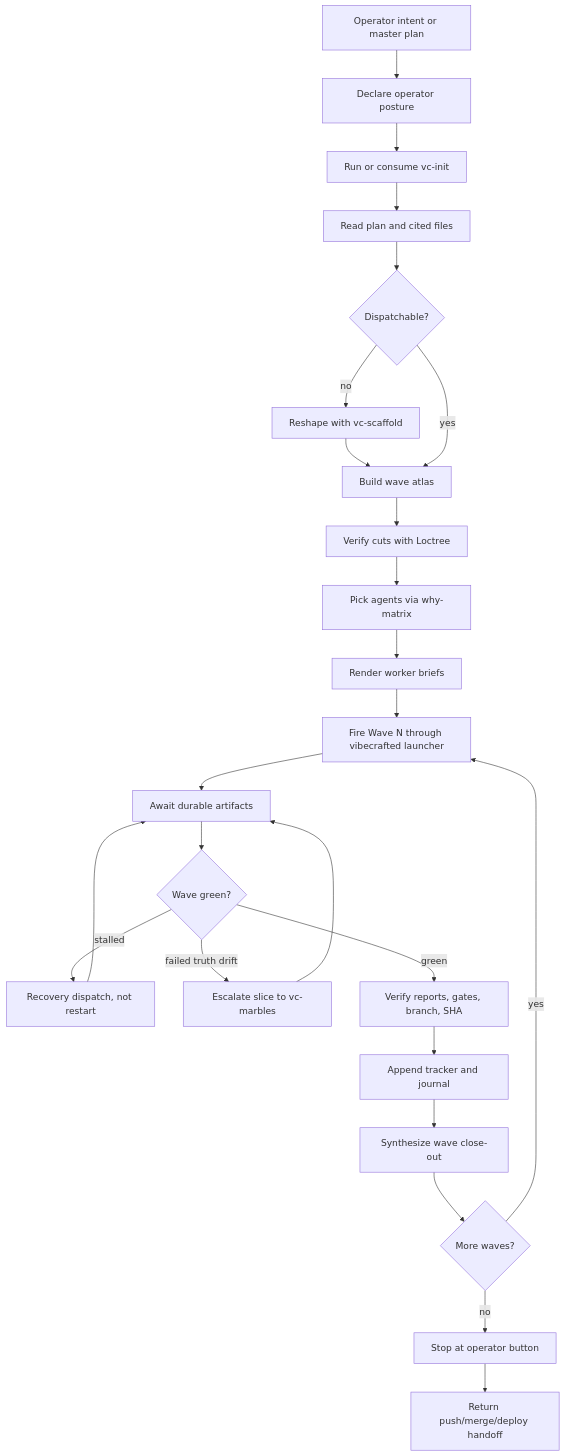
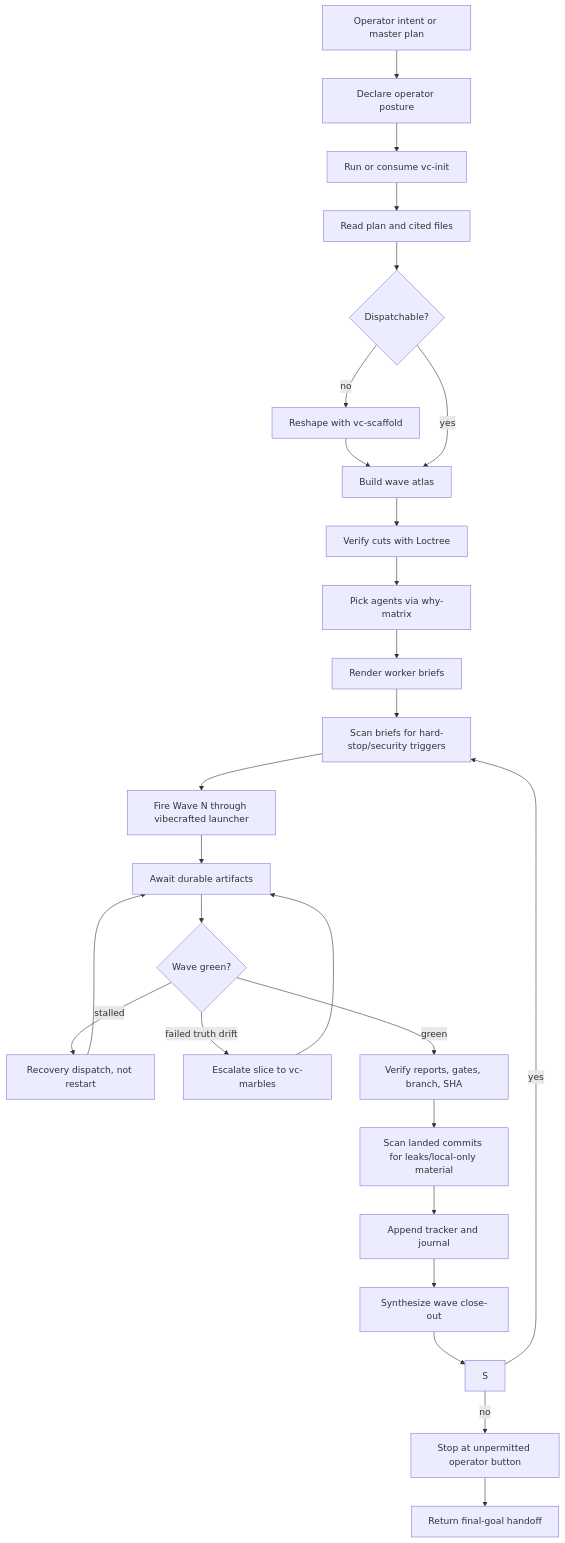
Before and after one commit to VetCoders/VibeCrafted: the diagram in skills/vc-operator/FLOW.md, drawn with Mermaid. The commit also changed other lines of this file and 18 other files, not shown here.

````diff
--- a/skills/vc-operator/FLOW.md
+++ b/skills/vc-operator/FLOW.md
@@ -10,28 +10,30 @@
 ```mermaid
 flowchart TD
     A[Operator intent or master plan] --> B[Declare operator posture]
     B --> C[Run or consume vc-init]
     C --> D[Read plan and cited files]
     D --> E{Dispatchable?}
     E -->|no| F[Reshape with vc-scaffold]
     F --> G[Build wave atlas]
     E -->|yes| G
 
     G --> H[Verify cuts with Loctree]
     H --> I[Pick agents via why-matrix]
     I --> J[Render worker briefs]
-    J --> K[Fire Wave N through vibecrafted launcher]
-    K --> L[Await durable artifacts]
-    L --> M{Wave green?}
-    M -->|stalled| N[Recovery dispatch, not restart]
-    N --> L
-    M -->|failed truth drift| O[Escalate slice to vc-marbles]
-    O --> L
-    M -->|green| P[Verify reports, gates, branch, SHA]
-    P --> Q[Append tracker and journal]
-    Q --> R[Synthesize wave close-out]
-    R --> S{More waves?}
+    J --> K[Scan briefs for hard-stop/security triggers]
+    K --> L[Fire Wave N through vibecrafted launcher]
+    L --> M[Await durable artifacts]
+    M --> N{Wave green?}
+    N -->|stalled| O[Recovery dispatch, not restart]
+    O --> M
+    N -->|failed truth drift| P[Escalate slice to vc-marbles]
+    P --> M
+    N -->|green| Q[Verify reports, gates, branch, SHA]
+    Q --> R[Scan landed commits for leaks/local-only material]
+    R --> T[Append tracker and journal]
+    T --> U[Synthesize wave close-out]
+    U --> S
     S -->|yes| K
-    S -->|no| T[Stop at operator button]
-    T --> U[Return push/merge/deploy handoff]
+    S -->|no| V[Stop at unpermitted operator button]
+    V --> W[Return final-goal handoff]
 ```
````
